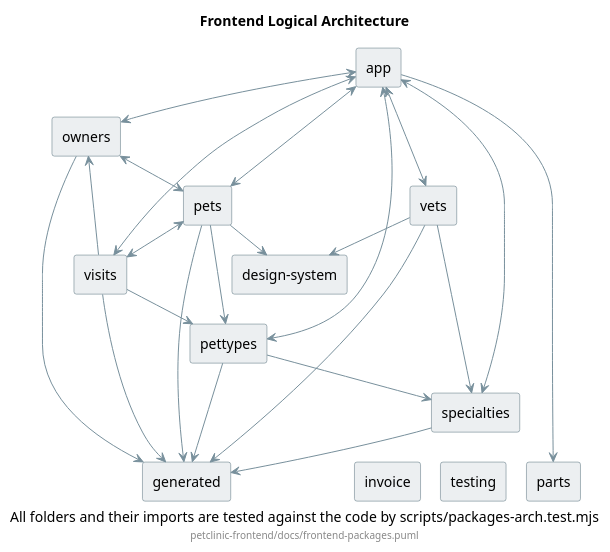
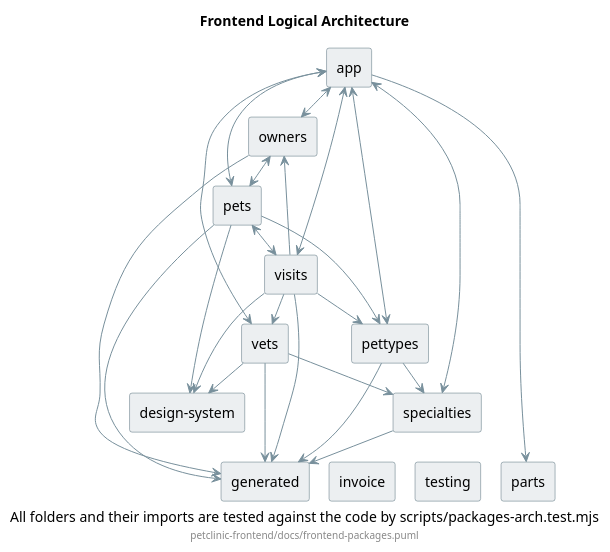
One commit to victorrentea/petclinic changed the diagram in petclinic-frontend/docs/frontend-packages.puml. Above: the diagram before and after it, drawn with PlantUML.

Commit message:
Draw the visits → vets and visits → design-system imports the PR needs

```diff
--- a/petclinic-frontend/docs/frontend-packages.puml
+++ b/petclinic-frontend/docs/frontend-packages.puml
@@ -1,77 +1,79 @@
 @startuml
 
 title Frontend Logical Architecture
 caption All folders and their imports are tested against the code by scripts/packages-arch.test.mjs
 footer petclinic-frontend/docs/frontend-packages.puml
 
 skinparam shadowing false
 ' the review page themes this colour for dark mode (--dgm-link)
 skinparam hyperlinkColor #1A4FA0
 skinparam componentStyle rectangle
 skinparam nodesep 20
 ' the stereotype is the box's folder, relative to petclinic-frontend/, which the test and the
 ' review page read; it is hidden so the folder is not printed under its name.
 ' A file belongs to the box with the deepest folder containing it.
 ' Only production .ts counts (*.spec.ts is skipped, like ArchUnit's DoNotIncludeTests).
 ' testing/ keeps its box: its stubs are non-spec files, imported by specs alone.
 ' Imports leaving src/app (../environments) are not boxes and are not checked.
 hide stereotype
 skinparam ranksep 30
 <style>
 component {
   BackGroundColor #ECEFF1
   LineColor #546E7A
 }
 arrow {
   LineColor #78909C
 }
 </style>
 
 [app] <<src/app>>
 [owners] <<src/app/owners>>
 [vets] <<src/app/vets>>
 [pets] <<src/app/pets>>
 [visits] <<src/app/visits>>
 [pettypes] <<src/app/pettypes>>
 [specialties] <<src/app/specialties>>
 [parts] <<src/app/parts>>
 [invoice] <<src/app/invoice>>
 [design-system] <<src/app/design-system>>
 [generated] <<src/app/generated>>
 [testing] <<src/app/testing>>
 
 ' <--> is two arrows, one each way: the test reads it as both dependencies.
 ' Every feature module is registered by app.module, and every feature service
 ' takes HttpErrorHandler from the root error.service.
 [app] <--> [owners]
 [app] <--> [pets]
 [app] <--> [visits]
 [app] <--> [vets]
 [app] <--> [pettypes]
 [app] <--> [specialties]
 [app] --> [parts]
 
 [owners] <--> [pets]
 [pets] <--> [visits]
 [visits] --> [owners]
 [pets] --> [pettypes]
 [visits] --> [pettypes]
+[visits] --> [vets]
 [pettypes] --> [specialties]
 [vets] --> [specialties]
 
 [pets] --> [design-system]
 [vets] --> [design-system]
+[visits] --> [design-system]
 
 [owners] --> [generated]
 [pets] --> [generated]
 [visits] --> [generated]
 [pettypes] --> [generated]
 [specialties] --> [generated]
 [vets] --> [generated]
 
 ' layout only, ignored by the test: shared and unused boxes on the bottom row
 [specialties] -[hidden]-> [parts]
 [specialties] -[hidden]-> [invoice]
 [specialties] -[hidden]-> [testing]
 
 @enduml
```
